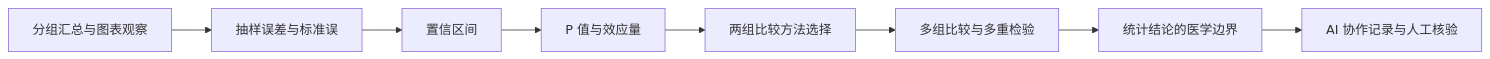
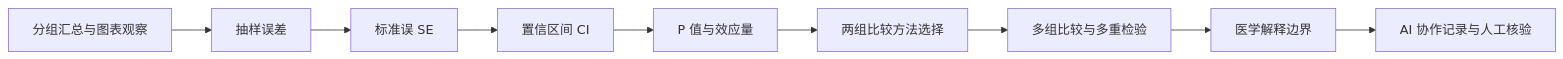
The first of 2 diagrams in docs/chapters/chapter-8/index.md (luvega/AI_MED_DataVis), drawn with Mermaid before and after one commit. The commit also changed other lines of this file and 8 other files, not shown here.

````diff
--- a/docs/chapters/chapter-8/index.md
+++ b/docs/chapters/chapter-8/index.md
@@ -44,10 +53,11 @@
 ```mermaid
 flowchart LR
-  A["分组汇总与图表观察"] --> B["抽样误差与标准误"]
-  B --> C["置信区间"]
-  C --> D["P 值与效应量"]
-  D --> E["两组比较方法选择"]
-  E --> F["多组比较与多重检验"]
-  F --> G["统计结论的医学边界"]
-  G --> H["AI 协作记录与人工核验"]
+  A["分组汇总与图表观察"] --> B["抽样误差"]
+  B --> C["标准误 SE"]
+  C --> D["置信区间 CI"]
+  D --> E["P 值与效应量"]
+  E --> F["两组比较方法选择"]
+  F --> G["多组比较与多重检验"]
+  G --> H["医学解释边界"]
+  H --> I["AI 协作记录与人工核验"]
 ```
````
